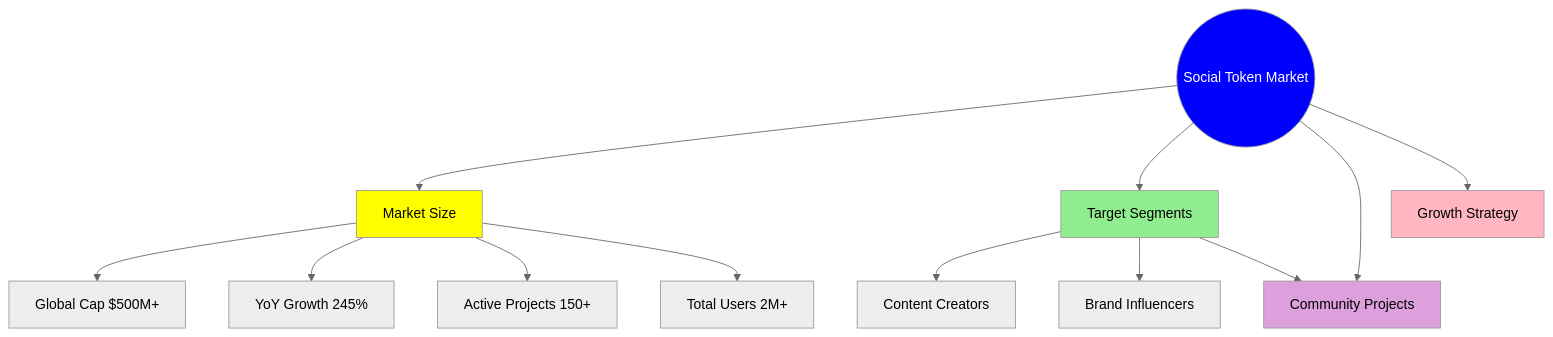
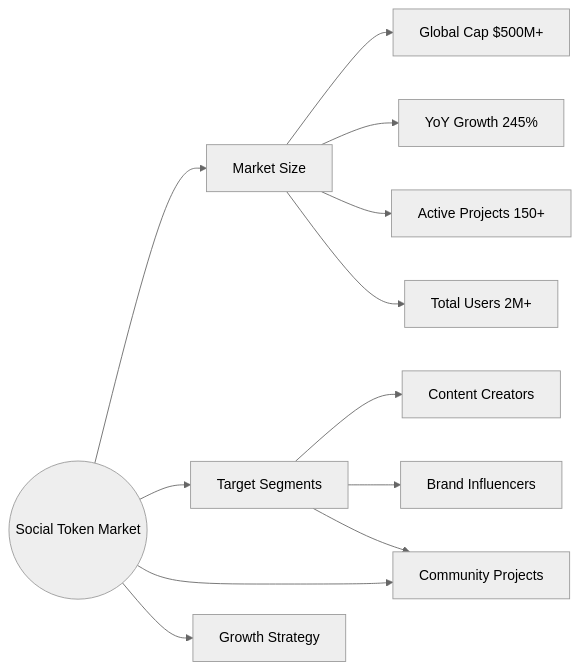
The fourth of 13 diagrams in docs/whitepaper/market-analysis.md (MEMEFANS/memefans), drawn with Mermaid (neutral theme) before and after one commit. The commit also changed other lines of this file, not shown here.

Commit message:
fix: convert all graphs to simple LR format for maximum compatibility

````diff
--- a/docs/whitepaper/market-analysis.md
+++ b/docs/whitepaper/market-analysis.md
@@ -212,22 +191,16 @@
 ```mermaid
-graph TD
+graph LR
     Market((Social Token Market)) --> MS[Market Size]
     Market --> TS[Target Segments]
     Market --> CP[Competitive Position]
     Market --> GS[Growth Strategy]
     
     MS --> GC[Global Cap $500M+]
     MS --> YG[YoY Growth 245%]
     MS --> AP[Active Projects 150+]
     MS --> TU[Total Users 2M+]
     
     TS --> CC[Content Creators]
     TS --> BI[Brand Influencers]
     TS --> CP[Community Projects]
-    
-    style Market fill:#0000FF,color:#FFFFFF
-    style MS fill:#FFFF00,color:#000000
-    style TS fill:#90EE90,color:#000000
-    style CP fill:#DDA0DD,color:#000000
-    style GS fill:#FFB6C1,color:#000000
 ```
````
